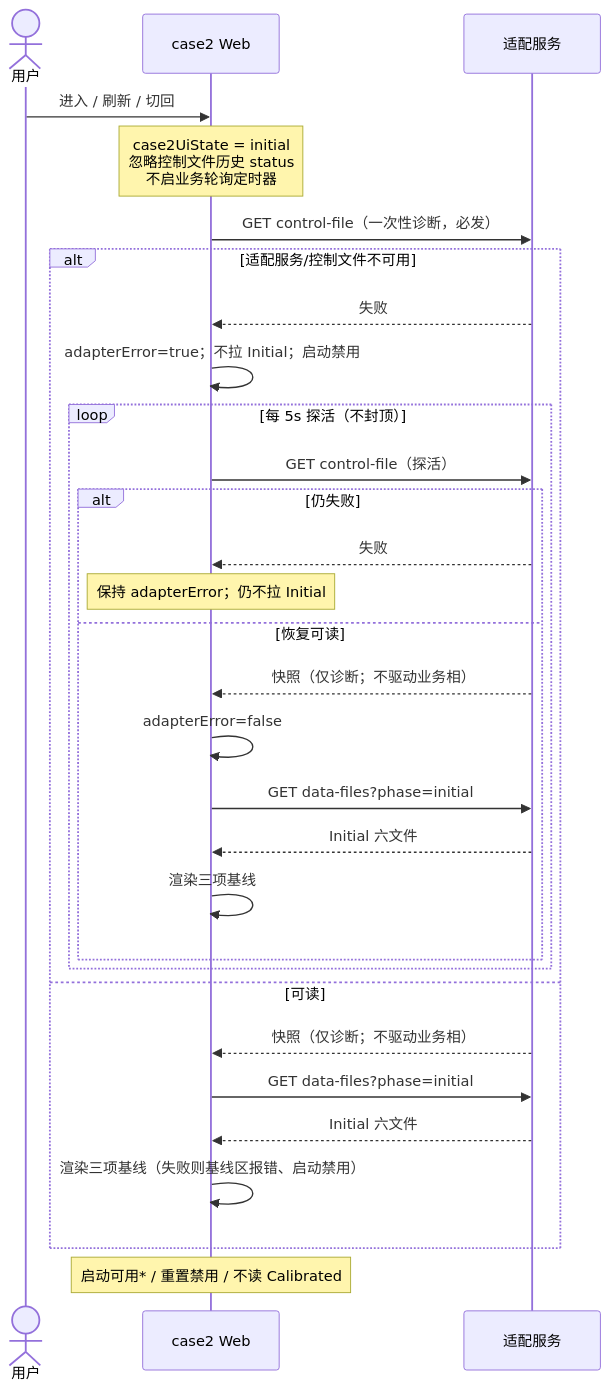
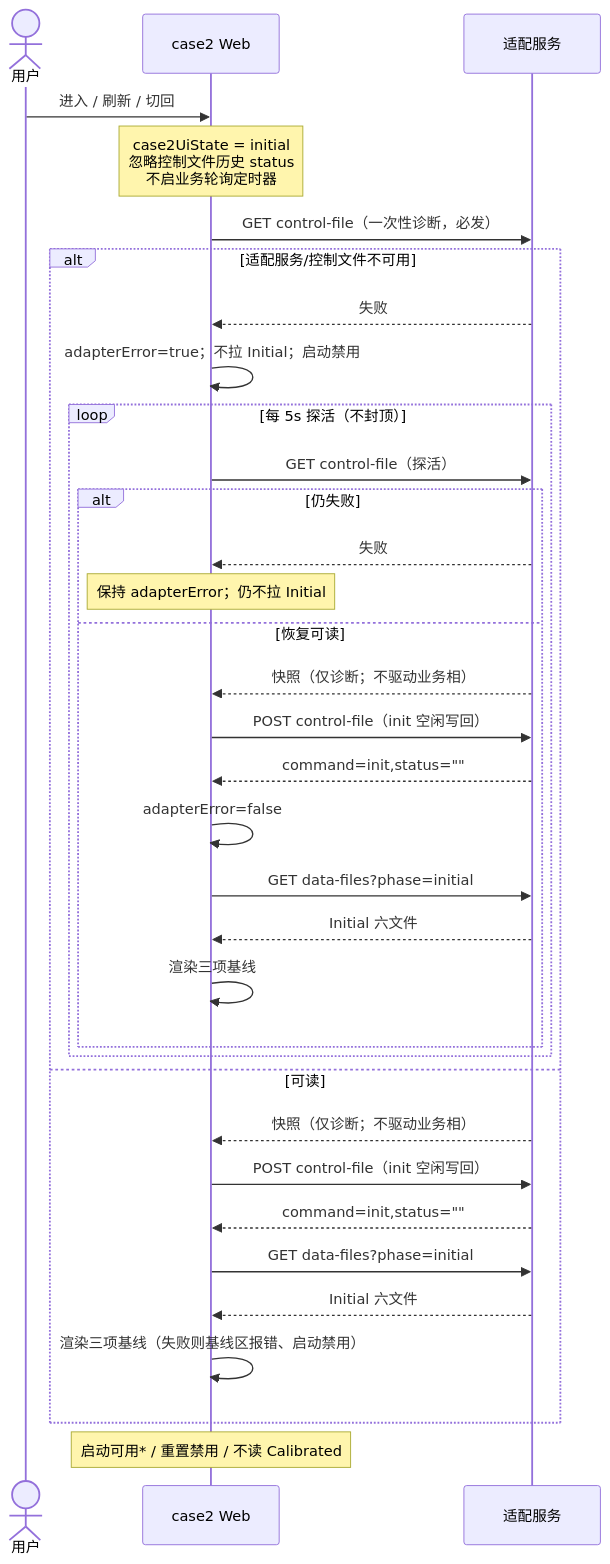
Before and after one commit to JackweiStud/2030-DT: the second of 6 diagrams in doc/case2/WEB-SPEC.md, drawn with Mermaid. The commit also changed other lines of this file and 10 other files, not shown here.

Commit message:
[case2更新]进入/刷新/切回 case2 时，Web 的进页门闩变为 GET control-file -> POST {command:"init"}

````diff
--- a/doc/case2/WEB-SPEC.md
+++ b/doc/case2/WEB-SPEC.md
@@ -131,33 +132,37 @@
 ```mermaid
 sequenceDiagram
   actor User as 用户
   participant UI as case2 Web
   participant Node as 适配服务
 
   User->>UI: 进入 / 刷新 / 切回
   Note over UI: case2UiState = initial<br/>忽略控制文件历史 status<br/>不启业务轮询定时器
   UI->>Node: GET control-file（一次性诊断，必发）
   alt 适配服务/控制文件不可用
     Node-->>UI: 失败
     UI->>UI: adapterError=true；不拉 Initial；启动禁用
     loop 每 5s 探活（不封顶）
       UI->>Node: GET control-file（探活）
       alt 仍失败
         Node-->>UI: 失败
         Note over UI: 保持 adapterError；仍不拉 Initial
       else 恢复可读
         Node-->>UI: 快照（仅诊断；不驱动业务相）
+        UI->>Node: POST control-file（init 空闲写回）
+        Node-->>UI: command=init,status=""
         UI->>UI: adapterError=false
         UI->>Node: GET data-files?phase=initial
         Node-->>UI: Initial 六文件
         UI->>UI: 渲染三项基线
       end
     end
   else 可读
     Node-->>UI: 快照（仅诊断；不驱动业务相）
+    UI->>Node: POST control-file（init 空闲写回）
+    Node-->>UI: command=init,status=""
     UI->>Node: GET data-files?phase=initial
     Node-->>UI: Initial 六文件
     UI->>UI: 渲染三项基线（失败则基线区报错、启动禁用）
   end
   Note over UI: 启动可用* / 重置禁用 / 不读 Calibrated
 ```
````
